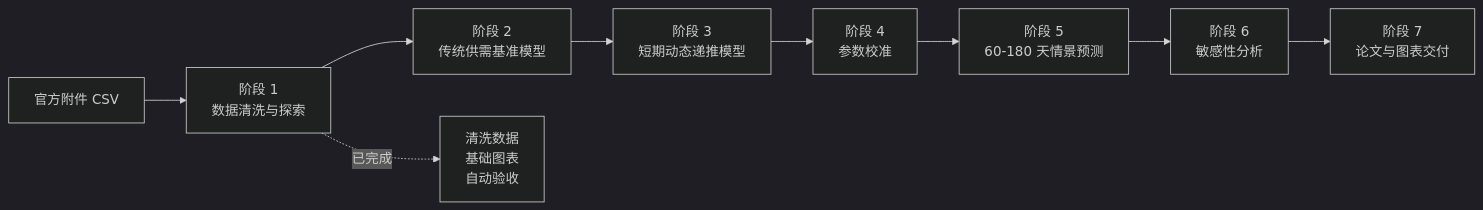
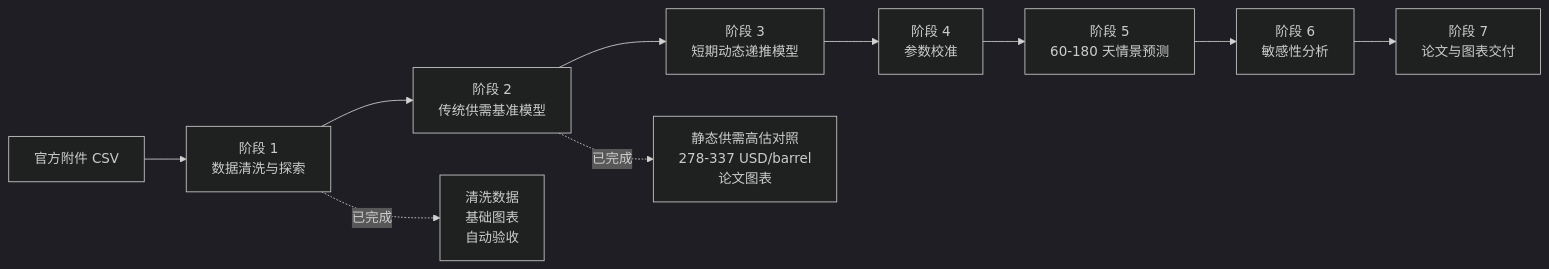
The first of 2 diagrams in README.md (Timcai06/-A-), drawn with Mermaid (dark theme) before and after one commit. The commit also changed other lines of this file and 10 other files, not shown here.

````diff
--- a/README.md
+++ b/README.md
@@ -13,12 +13,13 @@
 ```mermaid
 flowchart LR
     A["官方附件 CSV"] --> B["阶段 1<br/>数据清洗与探索"]
     B --> C["阶段 2<br/>传统供需基准模型"]
     C --> D["阶段 3<br/>短期动态递推模型"]
     D --> E["阶段 4<br/>参数校准"]
     E --> F["阶段 5<br/>60-180 天情景预测"]
     F --> G["阶段 6<br/>敏感性分析"]
     G --> H["阶段 7<br/>论文与图表交付"]
 
     B -. "已完成" .-> B1["清洗数据<br/>基础图表<br/>自动验收"]
+    C -. "已完成" .-> C1["静态供需高估对照<br/>278-337 USD/barrel<br/>论文图表"]
 ```
````
